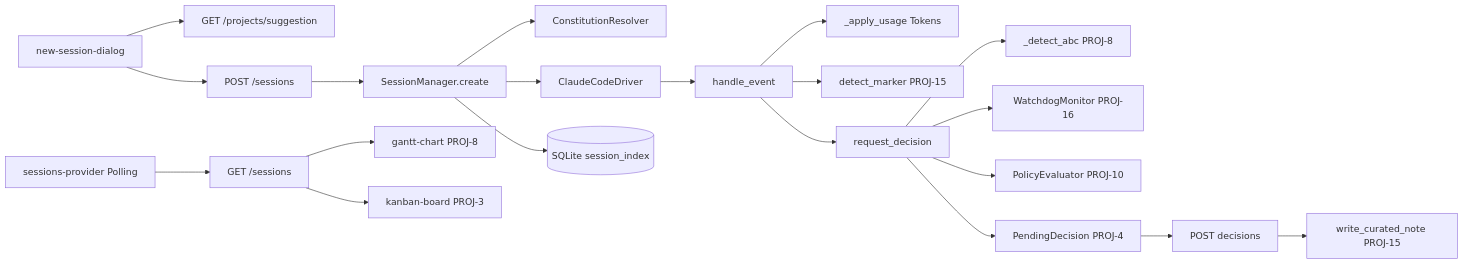
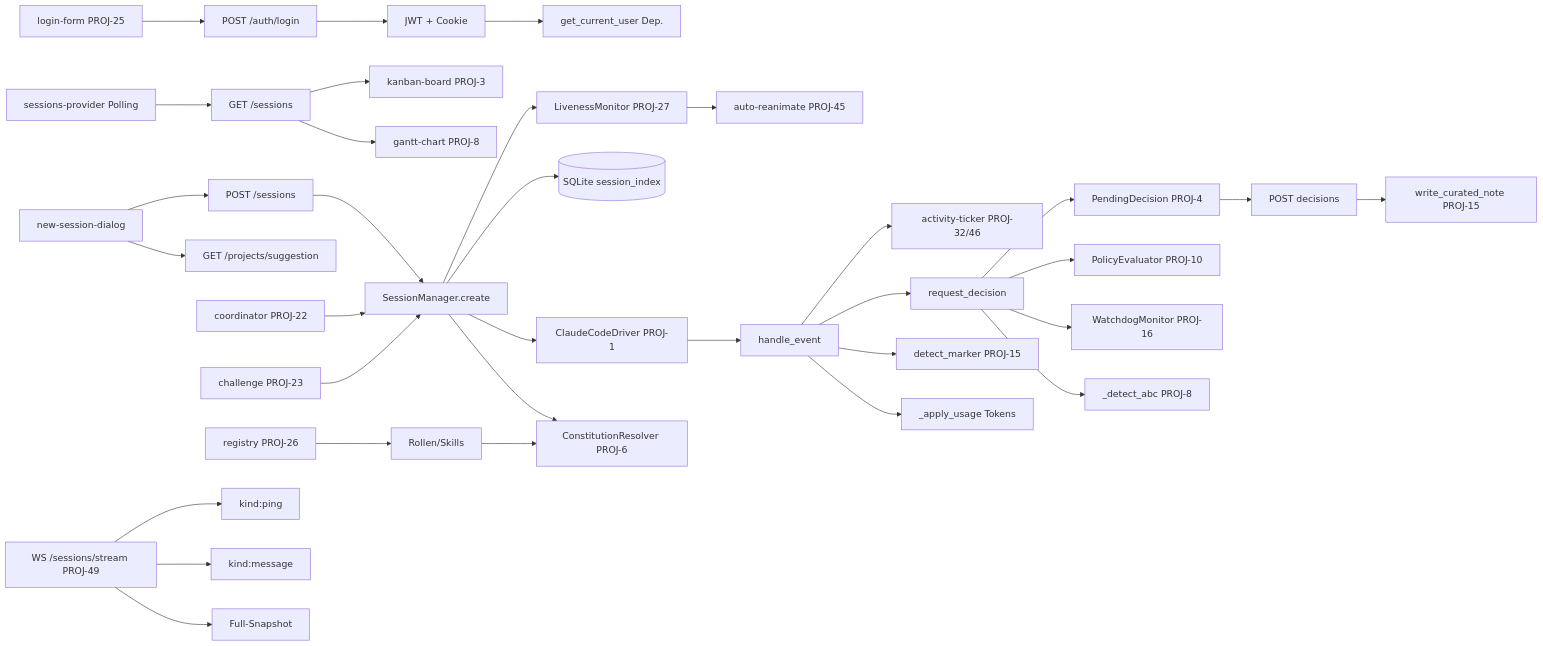
One commit to ms-qql/jupiter changed diagram 12 of 12 in docs/architektur.md. Above: the diagram before and after it, drawn with Mermaid. The commit also changed other lines of this file and 2 other files, not shown here.

Commit message:
docs: Update living docs (Architektur, Benutzeranleitung, Funktionen) auf Stand 2026-06-26 (PROJ-1–49)

````diff
--- a/docs/architektur.md
+++ b/docs/architektur.md
@@ -311,22 +718,40 @@
 ```mermaid
 graph LR
+  Login[login-form PROJ-25] --> Auth[POST /auth/login]
+  Auth --> JWT[JWT + Cookie]
+  JWT --> Guard[get_current_user Dep.]
+
   Dialog[new-session-dialog] --> Launcher[GET /projects/suggestion]
   Dialog --> Create[POST /sessions]
   Create --> Mgr[SessionManager.create]
-  Mgr --> Const[ConstitutionResolver]
-  Mgr --> Driver[ClaudeCodeDriver]
+  Mgr --> Const[ConstitutionResolver PROJ-6]
+  Mgr --> Driver[ClaudeCodeDriver PROJ-1]
   Mgr --> Repo[(SQLite session_index)]
   Driver --> Handle[handle_event]
   Handle --> Usage[_apply_usage Tokens]
   Handle --> Curation[detect_marker PROJ-15]
   Handle --> Req[request_decision]
   Req --> Abc[_detect_abc PROJ-8]
   Req --> Watch[WatchdogMonitor PROJ-16]
   Req --> Policy[PolicyEvaluator PROJ-10]
   Req --> Card[PendingDecision PROJ-4]
   Card --> Resolve[POST decisions]
   Resolve --> KNote[write_curated_note PROJ-15]
+
+  Mgr --> Liveness[LivenessMonitor PROJ-27]
+  Liveness --> Reanimate[auto-reanimate PROJ-45]
+  Handle --> Activity[activity-ticker PROJ-32/46]
+
   Provider[sessions-provider Polling] --> List[GET /sessions]
   List --> Gantt[gantt-chart PROJ-8]
   List --> Kanban[kanban-board PROJ-3]
+
+  Coord[coordinator PROJ-22] --> Mgr
+  Challenge[challenge PROJ-23] --> Mgr
+  Registry[registry PROJ-26] --> Roles[Rollen/Skills]
+  Roles --> Const
+
+  WS[WS /sessions/stream PROJ-49] --> Snapshot[Full-Snapshot]
+  WS --> Delta[kind:message]
+  WS --> Ping[kind:ping]
 ```
````
